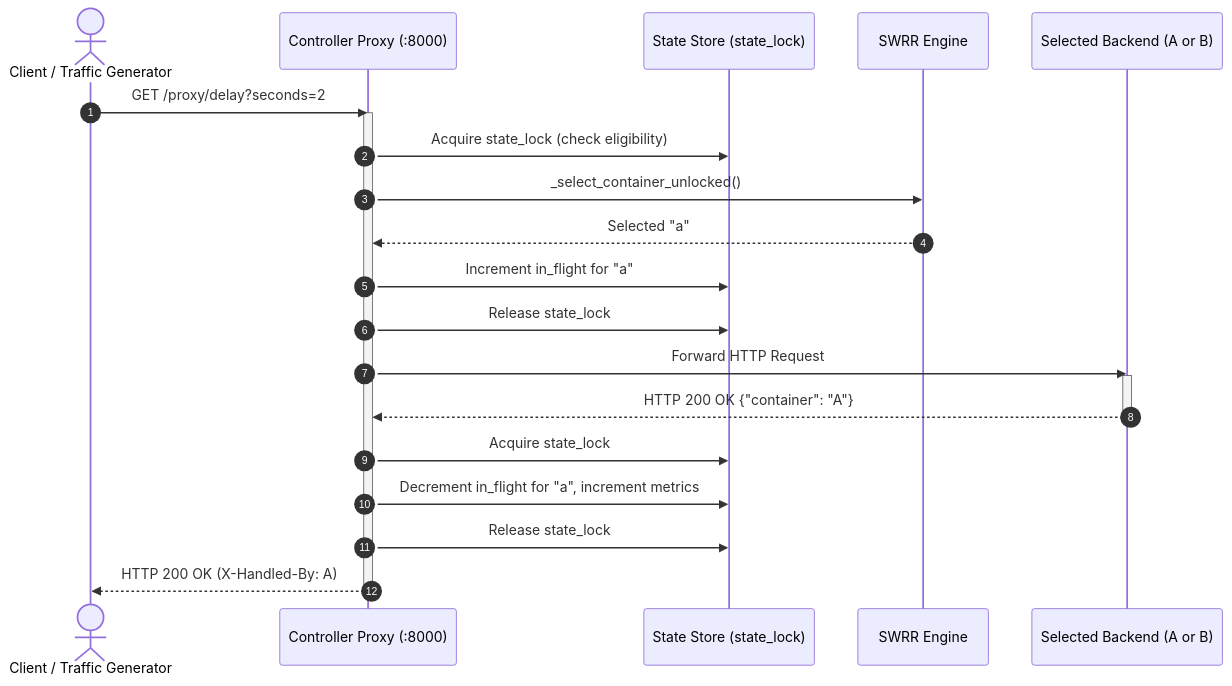
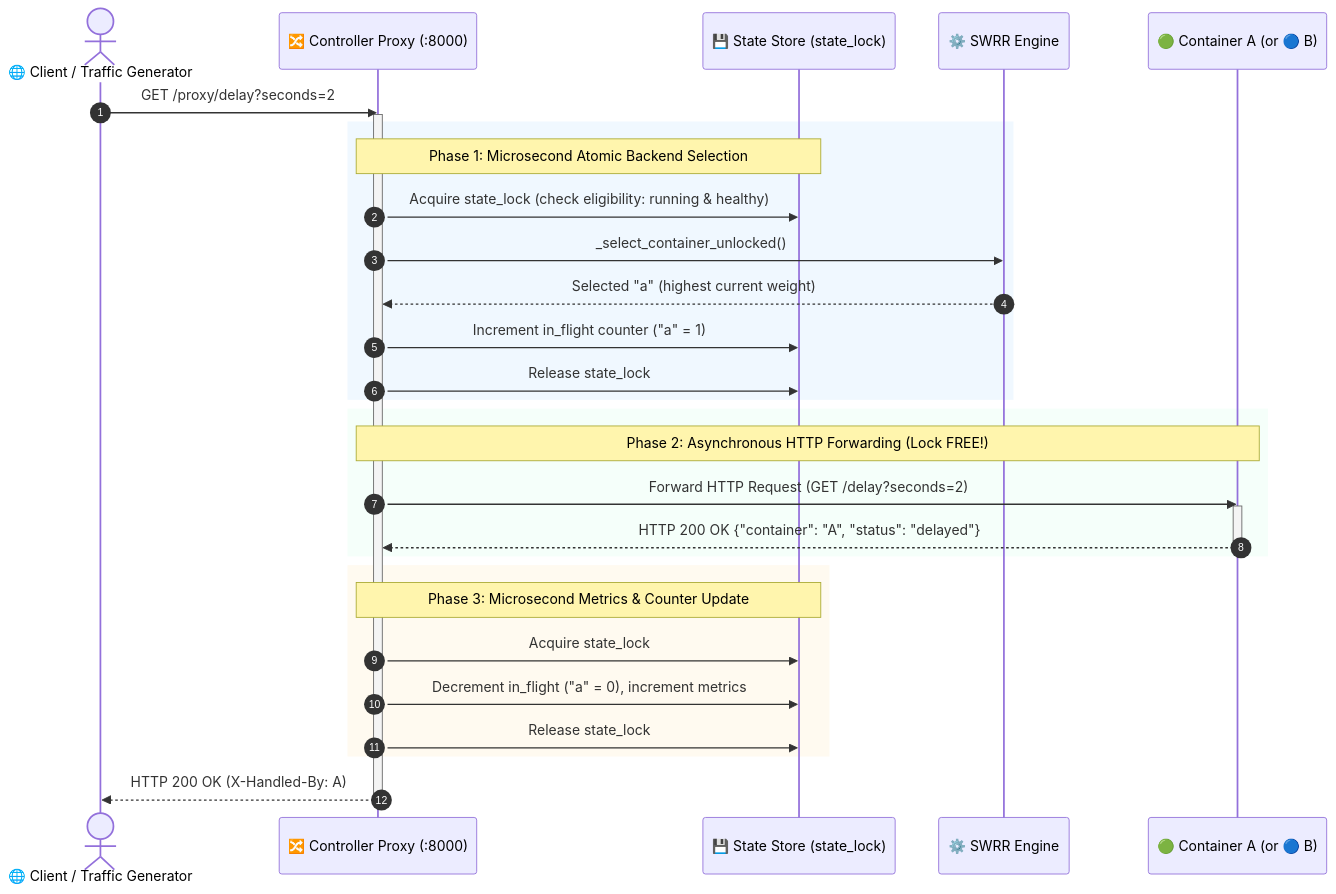
The second of 3 diagrams in README.md (ViditMahajan/Docker-Load-Balancer-with-MCP-Controls), drawn with Mermaid before and after one commit. The commit also changed other lines of this file and 5 other files, not shown here.

Commit message:
docs: enrich architecture and lifecycle diagrams with colorful styling, icons, and clear phase blocks

````diff
--- a/README.md
+++ b/README.md
@@ -127,29 +138,39 @@
 ```mermaid
 sequenceDiagram
     autonumber
-    actor Client as Client / Traffic Generator
-    participant Proxy as Controller Proxy (:8000)
-    participant State as State Store (state_lock)
-    participant SWRR as SWRR Engine
-    participant App as Selected Backend (A or B)
+    actor Client as 🌐 Client / Traffic Generator
+    participant Proxy as 🔀 Controller Proxy (:8000)
+    participant State as 💾 State Store (state_lock)
+    participant SWRR as ⚙️ SWRR Engine
+    participant App as 🟢 Container A (or 🔵 B)
 
     Client->>Proxy: GET /proxy/delay?seconds=2
     activate Proxy
-    Proxy->>State: Acquire state_lock (check eligibility)
-    Proxy->>SWRR: _select_container_unlocked()
-    SWRR-->>Proxy: Selected "a"
-    Proxy->>State: Increment in_flight for "a"
-    Proxy->>State: Release state_lock
     
-    Proxy->>App: Forward HTTP Request
-    activate App
-    App-->>Proxy: HTTP 200 OK {"container": "A"}
-    deactivate App
-    
-    Proxy->>State: Acquire state_lock
-    Proxy->>State: Decrement in_flight for "a", increment metrics
-    Proxy->>State: Release state_lock
-    
+    rect rgb(240, 248, 255)
+        Note over Proxy,State: Phase 1: Microsecond Atomic Backend Selection
+        Proxy->>State: Acquire state_lock (check eligibility: running & healthy)
+        Proxy->>SWRR: _select_container_unlocked()
+        SWRR-->>Proxy: Selected "a" (highest current weight)
+        Proxy->>State: Increment in_flight counter ("a" = 1)
+        Proxy->>State: Release state_lock
+    end
+
+    rect rgb(245, 255, 250)
+        Note over Proxy,App: Phase 2: Asynchronous HTTP Forwarding (Lock FREE!)
+        Proxy->>App: Forward HTTP Request (GET /delay?seconds=2)
+        activate App
+        App-->>Proxy: HTTP 200 OK {"container": "A", "status": "delayed"}
+        deactivate App
+    end
+
+    rect rgb(255, 250, 240)
+        Note over Proxy,State: Phase 3: Microsecond Metrics & Counter Update
+        Proxy->>State: Acquire state_lock
+        Proxy->>State: Decrement in_flight ("a" = 0), increment metrics
+        Proxy->>State: Release state_lock
+    end
+
     Proxy-->>Client: HTTP 200 OK (X-Handled-By: A)
     deactivate Proxy
 ```
````
